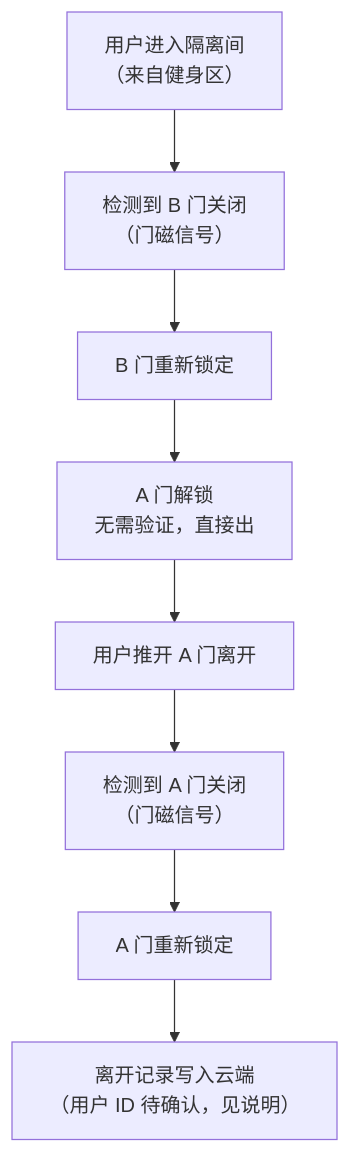
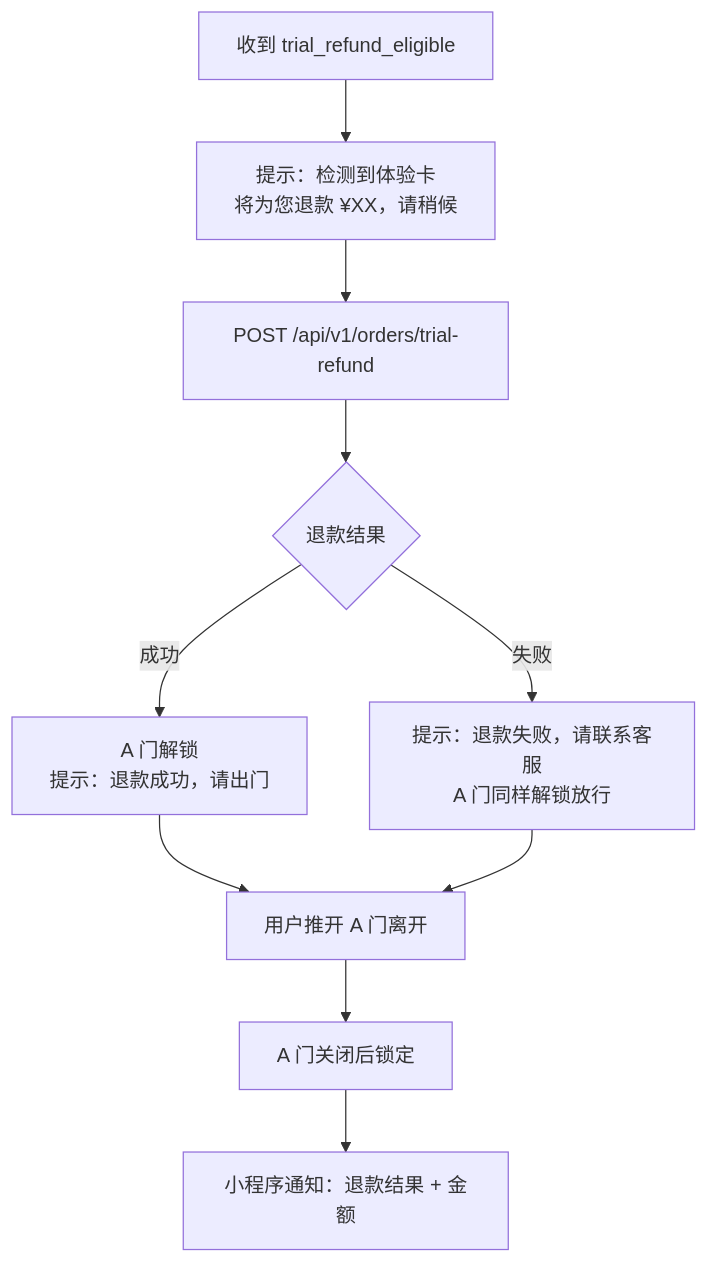
The fifth of 7 diagrams in docs/functional-systems/face-recognition.md (fitron-app/docs), drawn with Mermaid before and after one commit. The commit also changed other lines of this file and 3 other files, not shown here.

````diff
--- a/docs/functional-systems/face-recognition.md
+++ b/docs/functional-systems/face-recognition.md
@@ -106,11 +135,13 @@
 ```mermaid
 flowchart TD
-    EnterChamber["用户进入隔离间\n（来自健身区）"]
-    EnterChamber --> MagBClose["检测到 B 门关闭\n（门磁信号）"]
-    MagBClose --> LockBAgain["B 门重新锁定"]
-    LockBAgain --> UnlockA["A 门解锁\n无需验证，直接出"]
-    UnlockA --> OpenA["用户推开 A 门离开"]
-    OpenA --> MagAClose["检测到 A 门关闭\n（门磁信号）"]
-    MagAClose --> LockAAgain["A 门重新锁定"]
-    LockAAgain --> WriteExitLog["离开记录写入云端\n（用户 ID 待确认，见说明）"]
+    Trigger["收到 trial_refund_eligible"]
+    Trigger --> Notify["提示：检测到体验卡\n将为您退款 ¥XX，请稍候"]
+    Notify --> CallRefund["POST /api/v1/orders/trial-refund"]
+    CallRefund --> Result{"退款结果"}
+    Result -->|"成功"| UnlockAOut["A 门解锁\n提示：退款成功，请出门"]
+    Result -->|"失败"| RefundFail["提示：退款失败，请联系客服\nA 门同样解锁放行"]
+    UnlockAOut --> Leave["用户推开 A 门离开"]
+    RefundFail --> Leave
+    Leave --> LockA["A 门关闭后锁定"]
+    LockA --> PushMsg["小程序通知：退款结果 + 金额"]
 ```
````
